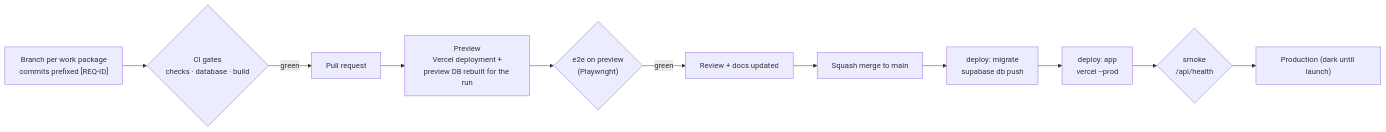
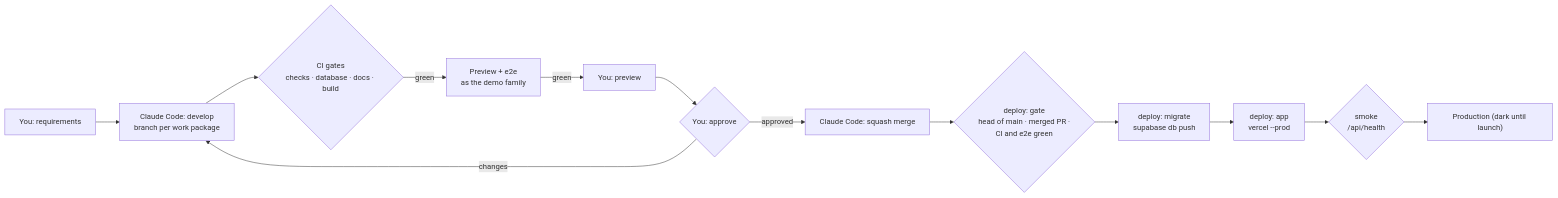
Before and after one commit to mronan83/Family-Hub: diagram 11 of 11 in docs/01-technical-architecture.md, drawn with Mermaid. The commit also changed other lines of this file and 12 other files, not shown here.

First line of the commit message:
Delivery on free plans: deploy gate, one database, your preview and approval (#2)

````diff
--- a/docs/01-technical-architecture.md
+++ b/docs/01-technical-architecture.md
@@ -458,13 +462,15 @@
 ```mermaid
 flowchart LR
-  dev["Branch per work package<br/>commits prefixed [REQ-ID]"] --> ci{"CI gates<br/>checks · database · build"}
-  ci -->|green| pr["Pull request"]
-  pr --> prev["Preview<br/>Vercel deployment +<br/>preview DB rebuilt for the run"]
-  prev --> e2e{"e2e on preview<br/>(Playwright)"}
-  e2e -->|green| rev["Review + docs updated"]
-  rev --> merge["Squash merge to main"]
-  merge --> mig["deploy: migrate<br/>supabase db push"]
+  req["You: requirements"] --> dev["Claude Code: develop<br/>branch per work package"]
+  dev --> ci{"CI gates<br/>checks · database · docs · build"}
+  ci -->|green| prev["Preview + e2e<br/>as the demo family"]
+  prev -->|green| look["You: preview"]
+  look --> ok{"You: approve"}
+  ok -->|changes| dev
+  ok -->|approved| merge["Claude Code: squash merge"]
+  merge --> gate{"deploy: gate<br/>head of main · merged PR ·<br/>CI and e2e green"}
+  gate --> mig["deploy: migrate<br/>supabase db push"]
   mig --> app["deploy: app<br/>vercel --prod"]
   app --> smoke{"smoke<br/>/api/health"}
   smoke --> dark["Production (dark until launch)"]
 ```
````
